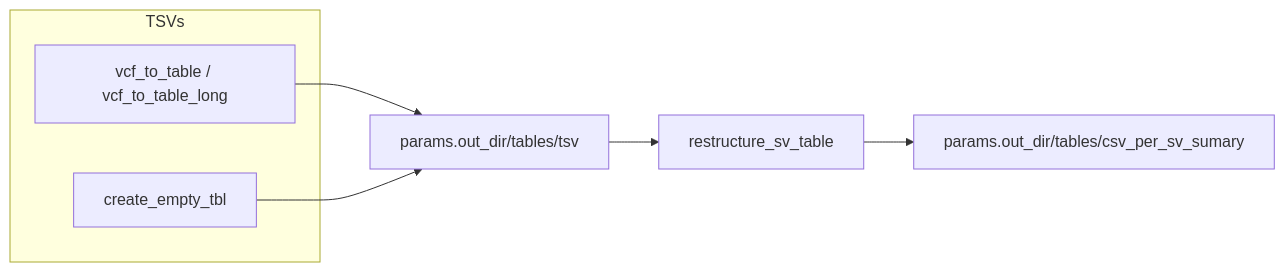
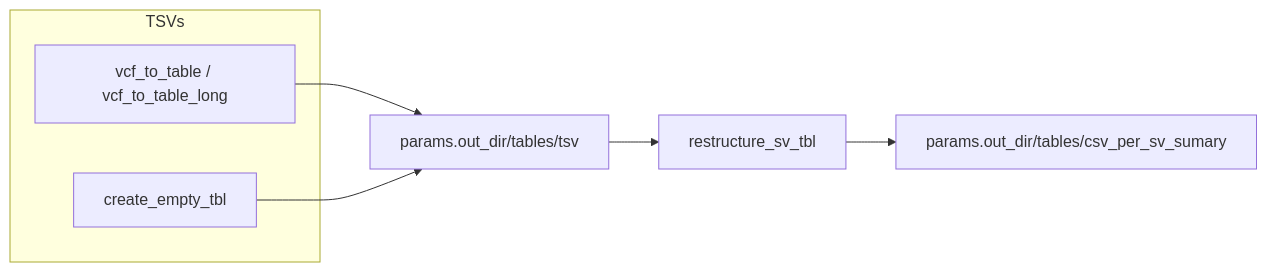
Before and after one commit to denisHanch/efsa_pipeline: the second of 8 diagrams in README.md, drawn with Mermaid. The commit also changed other lines of this file and 14 other files, not shown here.

````diff
--- a/README.md
+++ b/README.md
@@ -416,11 +416,11 @@
 ```mermaid
 flowchart LR
   subgraph TSVs
     A[vcf_to_table / vcf_to_table_long]
     B[create_empty_tbl]
   end
   A --> C[params.out_dir/tables/tsv]
   B --> C
-  C --> D[restructure_sv_table]
+  C --> D[restructure_sv_tbl]
   D --> E[params.out_dir/tables/csv_per_sv_sumary]
 ```
````
